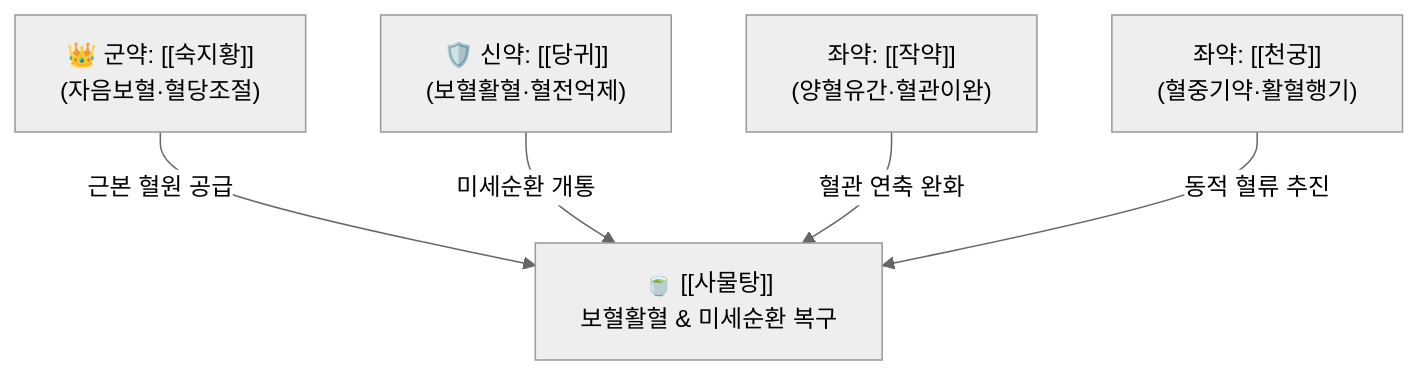
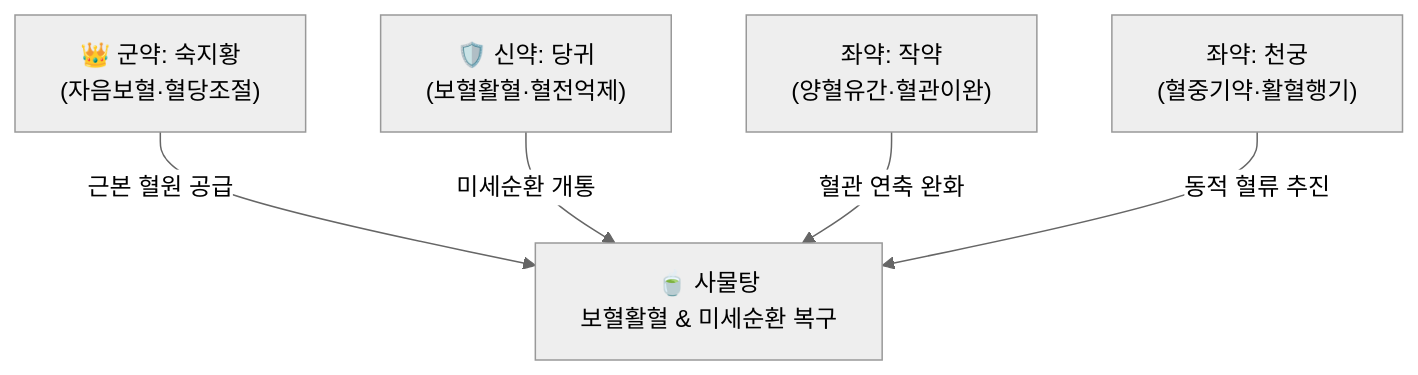
Before and after one commit to simbio11/simbio-digital-garden2: the diagram in content/2. 약리 공부/처방/02_보익제/사물탕.md, drawn with Mermaid (neutral theme). The commit also changed other lines of this file and 323 other files, not shown here.

````diff
--- a/content/2. 약리 공부/처방/02_보익제/사물탕.md
+++ b/content/2. 약리 공부/처방/02_보익제/사물탕.md
@@ -52,7 +54,7 @@
 ```mermaid
 graph TD
-    SJH["👑 군약: [[숙지황]]<br>(자음보혈·혈당조절)"] -->|근본 혈원 공급| TOTAL["🍵 [[사물탕]]<br>보혈활혈 & 미세순환 복구"]
-    DG["🛡️ 신약: [[당귀]]<br>(보혈활혈·혈전억제)"] -->|미세순환 개통| TOTAL
-    JY["좌약: [[작약]]<br>(양혈유간·혈관이완)"] -->|혈관 연축 완화| TOTAL
-    CG["좌약: [[천궁]]<br>(혈중기약·활혈행기)"] -->|동적 혈류 추진| TOTAL
+    SJH["👑 군약: 숙지황<br>(자음보혈·혈당조절)"] -->|근본 혈원 공급| TOTAL["🍵 사물탕<br>보혈활혈 & 미세순환 복구"]
+    DG["🛡️ 신약: 당귀<br>(보혈활혈·혈전억제)"] -->|미세순환 개통| TOTAL
+    JY["좌약: 작약<br>(양혈유간·혈관이완)"] -->|혈관 연축 완화| TOTAL
+    CG["좌약: 천궁<br>(혈중기약·활혈행기)"] -->|동적 혈류 추진| TOTAL
 ```
````
